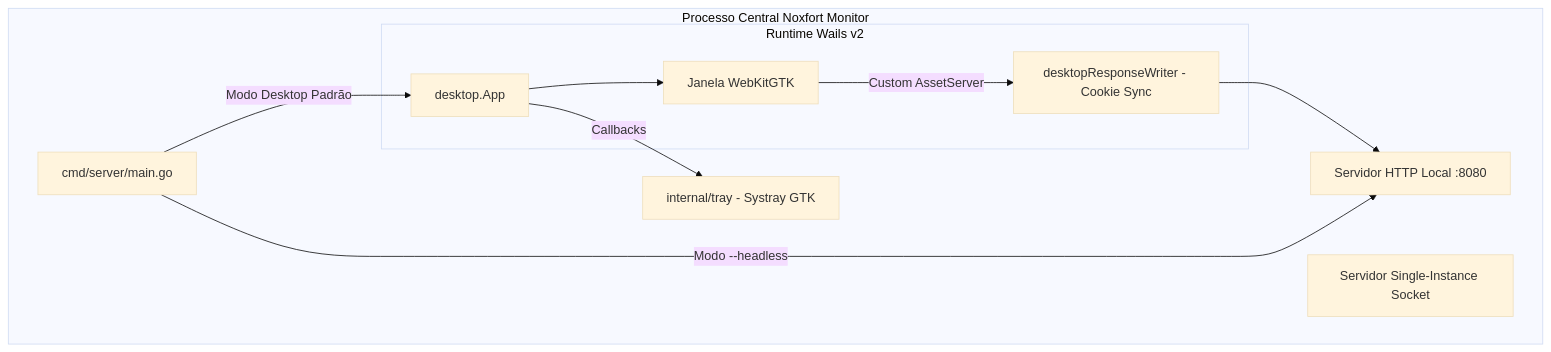
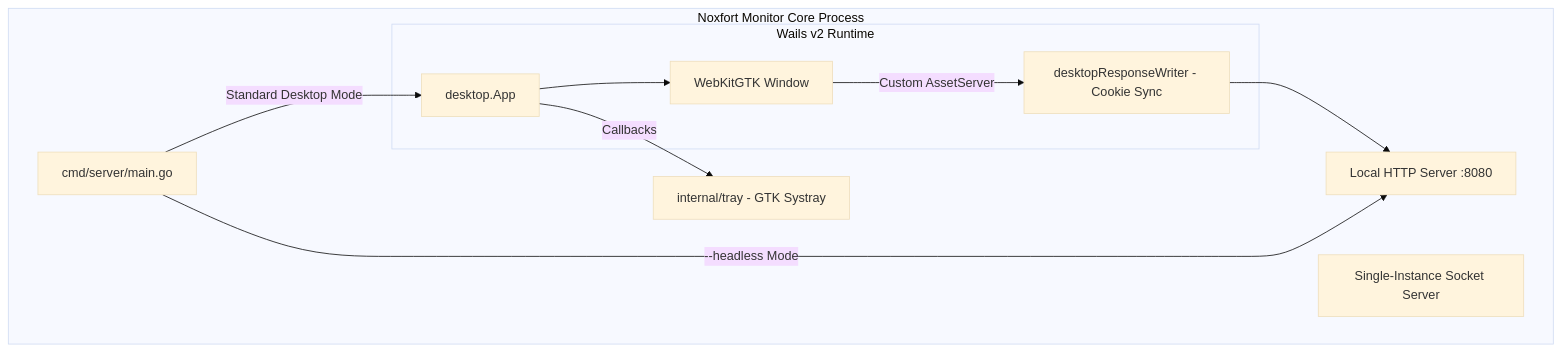
Before and after one commit to Noxfort-Systems-Brazil/Monitor: the diagram in docs/DESKTOP_APP.md, drawn with Mermaid (base theme). The commit also changed other lines of this file and 13 other files, not shown here.

````diff
--- a/docs/DESKTOP_APP.md
+++ b/docs/DESKTOP_APP.md
@@ -15,22 +15,22 @@
 ```mermaid
 graph TD
-    subgraph "Processo Central Noxfort Monitor"
+    subgraph "Noxfort Monitor Core Process"
         Main[cmd/server/main.go]
-        HTTP[Servidor HTTP Local :8080]
-        IPC[Servidor Single-Instance Socket]
-        Tray[internal/tray - Systray GTK]
+        HTTP[Local HTTP Server :8080]
+        IPC[Single-Instance Socket Server]
+        Tray[internal/tray - GTK Systray]
         
-        subgraph "Runtime Wails v2"
+        subgraph "Wails v2 Runtime"
             WailsApp[desktop.App]
-            WebKit[Janela WebKitGTK]
+            WebKit[WebKitGTK Window]
             SessionBridge[desktopResponseWriter - Cookie Sync]
         end
     end
 
-    Main -->|Modo Desktop Padrão| WailsApp
+    Main -->|Standard Desktop Mode| WailsApp
     WailsApp --> WebKit
     WebKit -->|Custom AssetServer| SessionBridge
     SessionBridge --> HTTP
     WailsApp -->|Callbacks| Tray
-    Main -->|Modo --headless| HTTP
+    Main -->|--headless Mode| HTTP
 ```
````
